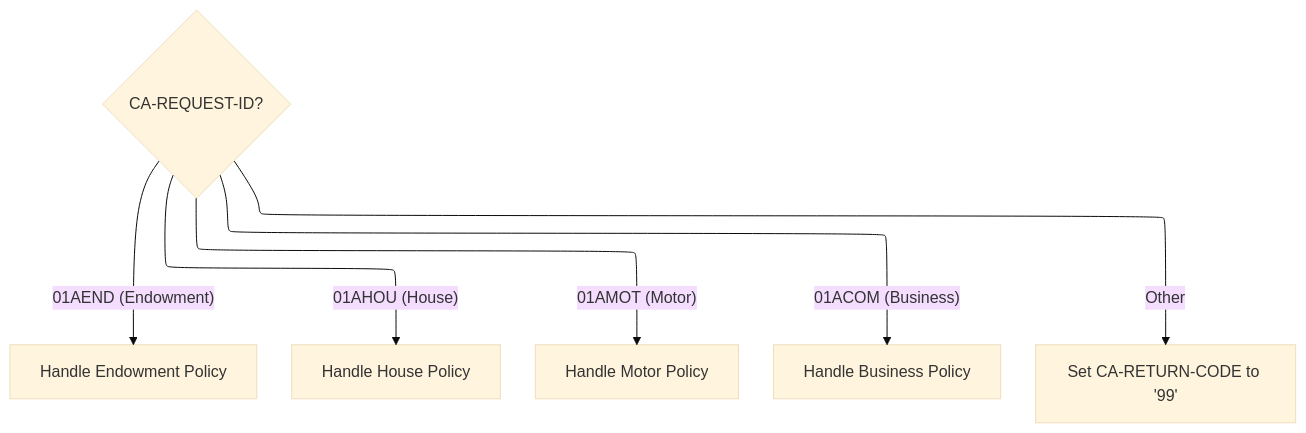
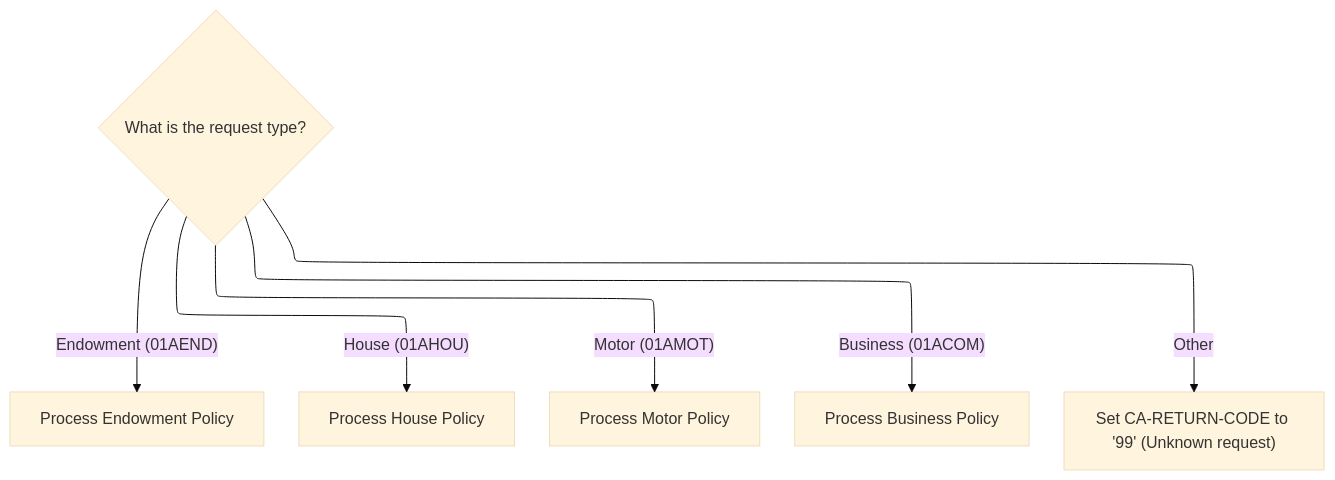
Before and after one commit to Giri-Swimm/Swimmio-genapp-motor: the sixth of 15 diagrams in .swm/inserting-insurance-policy-data-lgapdb09.xwl743qs.sw.md, drawn with Mermaid (base theme). The commit also changed other lines of this file and 17 other files, not shown here.

Commit message:
motor policy inquire process as on 11 nov 2025

````diff
--- a/.swm/inserting-insurance-policy-data-lgapdb09.xwl743qs.sw.md
+++ b/.swm/inserting-insurance-policy-data-lgapdb09.xwl743qs.sw.md
@@ -1079,36 +1130,36 @@
 ```mermaid
 %%{init: {"flowchart": {"defaultRenderer": "elk"}} }%%
 flowchart TD
-    node1{"CA-REQUEST-ID?"}
+    node1{"What is the request type?"}
     click node1 openCode "base/src/lgapdb09.cbl:249:266"
-    node1 -->|"01AEND (Endowment)"| node2["Handle Endowment Policy"]
-    click node2 openCode "base/src/lgapdb09.cbl:252:253"
-    node1 -->|"01AHOU (House)"| node3["Handle House Policy"]
-    click node3 openCode "base/src/lgapdb09.cbl:255:256"
-    node1 -->|"01AMOT (Motor)"| node4["Handle Motor Policy"]
-    click node4 openCode "base/src/lgapdb09.cbl:258:259"
-    node1 -->|"01ACOM (Business)"| node5["Handle Business Policy"]
-    click node5 openCode "base/src/lgapdb09.cbl:261:262"
-    node1 -->|"Other"| node6["Set CA-RETURN-CODE to '99'"]
-    click node6 openCode "base/src/lgapdb09.cbl:264:265"
+    node1 -->|"Endowment (01AEND)"| node2["Process Endowment Policy"]
+    click node2 openCode "base/src/lgapdb09.cbl:252:252"
+    node1 -->|"House (01AHOU)"| node3["Process House Policy"]
+    click node3 openCode "base/src/lgapdb09.cbl:255:255"
+    node1 -->|"Motor (01AMOT)"| node4["Process Motor Policy"]
+    click node4 openCode "base/src/lgapdb09.cbl:258:258"
+    node1 -->|"Business (01ACOM)"| node5["Process Business Policy"]
+    click node5 openCode "base/src/lgapdb09.cbl:261:261"
+    node1 -->|"Other"| node6["Set CA-RETURN-CODE to '99' (Unknown request)"]
+    click node6 openCode "base/src/lgapdb09.cbl:264:264"
 
 classDef HeadingStyle fill:#777777,stroke:#333,stroke-width:2px;
 
 %% Swimm:
 %% %%{init: {"flowchart": {"defaultRenderer": "elk"}} }%%
 %% flowchart TD
-%%     node1{"<SwmToken path="base/src/lgapdb09.cbl" pos="218:3:7" line-data="           EVALUATE CA-REQUEST-ID">`CA-REQUEST-ID`</SwmToken>?"}
+%%     node1{"What is the request type?"}
 %%     click node1 openCode "<SwmPath>[base/src/lgapdb09.cbl](base/src/lgapdb09.cbl)</SwmPath>:249:266"
-%%     node1 -->|"<SwmToken path="base/src/lgapdb09.cbl" pos="220:4:4" line-data="             WHEN &#39;01AEND&#39;">`01AEND`</SwmToken> (Endowment)"| node2["Handle Endowment Policy"]
-%%     click node2 openCode "<SwmPath>[base/src/lgapdb09.cbl](base/src/lgapdb09.cbl)</SwmPath>:252:253"
-%%     node1 -->|"<SwmToken path="base/src/lgapdb09.cbl" pos="224:4:4" line-data="             WHEN &#39;01AHOU&#39;">`01AHOU`</SwmToken> (House)"| node3["Handle House Policy"]
-%%     click node3 openCode "<SwmPath>[base/src/lgapdb09.cbl](base/src/lgapdb09.cbl)</SwmPath>:255:256"
-%%     node1 -->|"<SwmToken path="base/src/lgapdb09.cbl" pos="228:4:4" line-data="             WHEN &#39;01AMOT&#39;">`01AMOT`</SwmToken> (Motor)"| node4["Handle Motor Policy"]
-%%     click node4 openCode "<SwmPath>[base/src/lgapdb09.cbl](base/src/lgapdb09.cbl)</SwmPath>:258:259"
-%%     node1 -->|"<SwmToken path="base/src/lgapdb09.cbl" pos="232:4:4" line-data="             WHEN &#39;01ACOM&#39;">`01ACOM`</SwmToken> (Business)"| node5["Handle Business Policy"]
-%%     click node5 openCode "<SwmPath>[base/src/lgapdb09.cbl](base/src/lgapdb09.cbl)</SwmPath>:261:262"
-%%     node1 -->|"Other"| node6["Set <SwmToken path="base/src/lgapdb09.cbl" pos="209:9:13" line-data="           MOVE &#39;00&#39; TO CA-RETURN-CODE">`CA-RETURN-CODE`</SwmToken> to '99'"]
-%%     click node6 openCode "<SwmPath>[base/src/lgapdb09.cbl](base/src/lgapdb09.cbl)</SwmPath>:264:265"
+%%     node1 -->|"Endowment (<SwmToken path="base/src/lgapdb09.cbl" pos="220:4:4" line-data="             WHEN &#39;01AEND&#39;">`01AEND`</SwmToken>)"| node2["Process Endowment Policy"]
+%%     click node2 openCode "<SwmPath>[base/src/lgapdb09.cbl](base/src/lgapdb09.cbl)</SwmPath>:252:252"
+%%     node1 -->|"House (<SwmToken path="base/src/lgapdb09.cbl" pos="224:4:4" line-data="             WHEN &#39;01AHOU&#39;">`01AHOU`</SwmToken>)"| node3["Process House Policy"]
+%%     click node3 openCode "<SwmPath>[base/src/lgapdb09.cbl](base/src/lgapdb09.cbl)</SwmPath>:255:255"
+%%     node1 -->|"Motor (<SwmToken path="base/src/lgapdb09.cbl" pos="228:4:4" line-data="             WHEN &#39;01AMOT&#39;">`01AMOT`</SwmToken>)"| node4["Process Motor Policy"]
+%%     click node4 openCode "<SwmPath>[base/src/lgapdb09.cbl](base/src/lgapdb09.cbl)</SwmPath>:258:258"
+%%     node1 -->|"Business (<SwmToken path="base/src/lgapdb09.cbl" pos="232:4:4" line-data="             WHEN &#39;01ACOM&#39;">`01ACOM`</SwmToken>)"| node5["Process Business Policy"]
+%%     click node5 openCode "<SwmPath>[base/src/lgapdb09.cbl](base/src/lgapdb09.cbl)</SwmPath>:261:261"
+%%     node1 -->|"Other"| node6["Set <SwmToken path="base/src/lgapdb09.cbl" pos="209:9:13" line-data="           MOVE &#39;00&#39; TO CA-RETURN-CODE">`CA-RETURN-CODE`</SwmToken> to '99' (Unknown request)"]
+%%     click node6 openCode "<SwmPath>[base/src/lgapdb09.cbl](base/src/lgapdb09.cbl)</SwmPath>:264:264"
 %% 
 %% classDef HeadingStyle fill:#777777,stroke:#333,stroke-width:2px;
 ```
````
